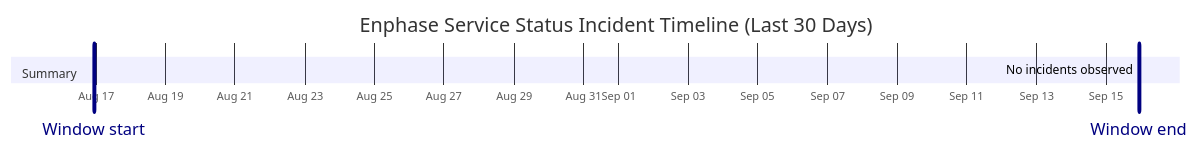
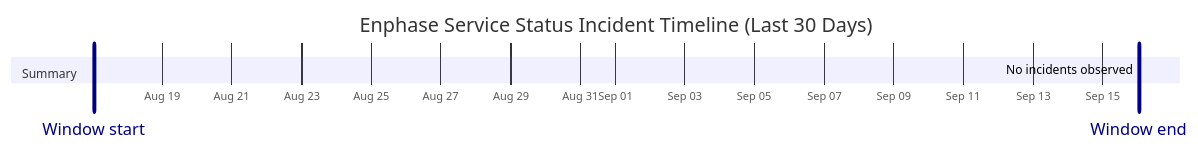
One commit to barneyonline/ha-enphase-energy changed the diagram in wiki/Service-Status-History.md. Above: the diagram before and after it, drawn with Mermaid. The commit also changed other lines of this file and 3 other files, not shown here.

````diff
--- a/wiki/Service-Status-History.md
+++ b/wiki/Service-Status-History.md
@@ -14,10 +14,10 @@
 ```mermaid
 gantt
     title Enphase Service Status Incident Timeline (Last 30 Days)
     dateFormat  YYYY-MM-DDTHH:mm:ss
     axisFormat  %b %d
-    Window start :vert, window-start, 2026-08-16T22:50:50, 0ms
-    Window end :vert, window-end, 2026-09-15T22:50:50, 0ms
+    Window start :vert, window-start, 2026-08-17T01:06:09, 0ms
+    Window end :vert, window-end, 2026-09-16T01:06:09, 0ms
     section Summary
-    No incidents observed :done, 2026-09-15T22:50:50, 1m
+    No incidents observed :done, 2026-09-16T01:06:09, 1m
 ```
````
